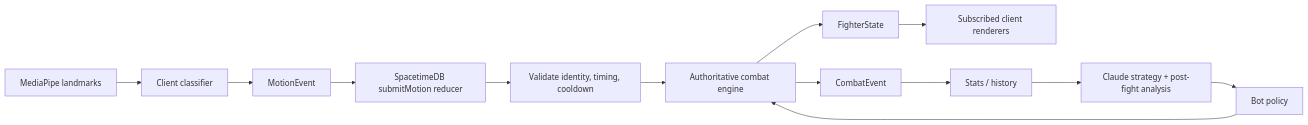
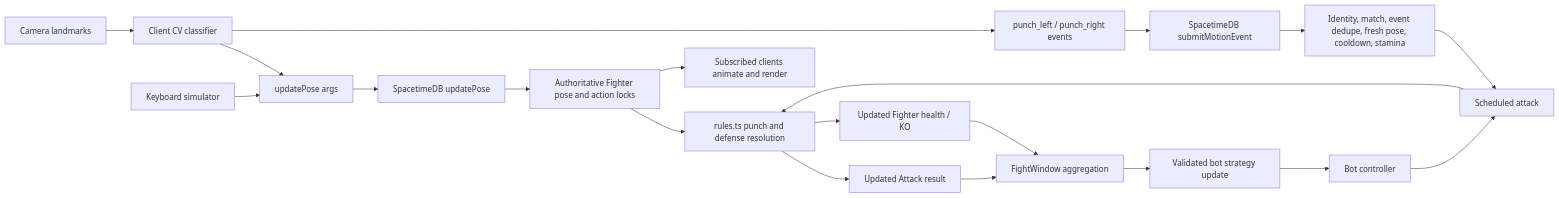
Before and after one commit to anthskti/claude-tyson: the second of 2 diagrams in schema-diagram.md, drawn with Mermaid. The commit also changed other lines of this file and 5 other files, not shown here.

Commit message:
fix: changed keybinds, updated schema and contracts

````diff
--- a/schema-diagram.md
+++ b/schema-diagram.md
@@ -78,15 +191,22 @@
 ```mermaid
 flowchart LR
-    MP[MediaPipe landmarks] --> C[Client classifier]
-    C --> M[MotionEvent]
-    M --> V[SpacetimeDB submitMotion reducer]
-    V --> R[Validate identity, timing, cooldown]
-    R --> E[Authoritative combat engine]
-    AI[Bot policy] --> E
-    E --> CE[CombatEvent]
-    E --> FS[FighterState]
-    FS --> S[Subscribed client renderers]
-    CE --> ST[Stats / history]
-    ST --> CLAUDE[Claude strategy + post-fight analysis]
-    CLAUDE --> AI
+    CAM[Camera landmarks] --> CV[Client CV classifier]
+    KEY[Keyboard simulator] --> POSE[updatePose args]
+    CV --> POSE
+    CV --> EV[punch_left / punch_right events]
+    POSE --> UPD[SpacetimeDB updatePose]
+    EV --> SUB[SpacetimeDB submitMotionEvent]
+    UPD --> STATE[Authoritative Fighter pose and action locks]
+    SUB --> CHECK[Identity, match, event dedupe, fresh pose, cooldown, stamina]
+    CHECK --> ATK[Scheduled attack]
+    BOT[Bot controller] --> ATK
+    ATK --> RULES[rules.ts punch and defense resolution]
+    STATE --> RULES
+    RULES --> ATT[Updated Attack result]
+    RULES --> HP[Updated Fighter health / KO]
+    STATE --> CLIENT[Subscribed clients animate and render]
+    ATT --> WINDOW[FightWindow aggregation]
+    HP --> WINDOW
+    WINDOW --> STRAT[Validated bot strategy update]
+    STRAT --> BOT
 ```
````
